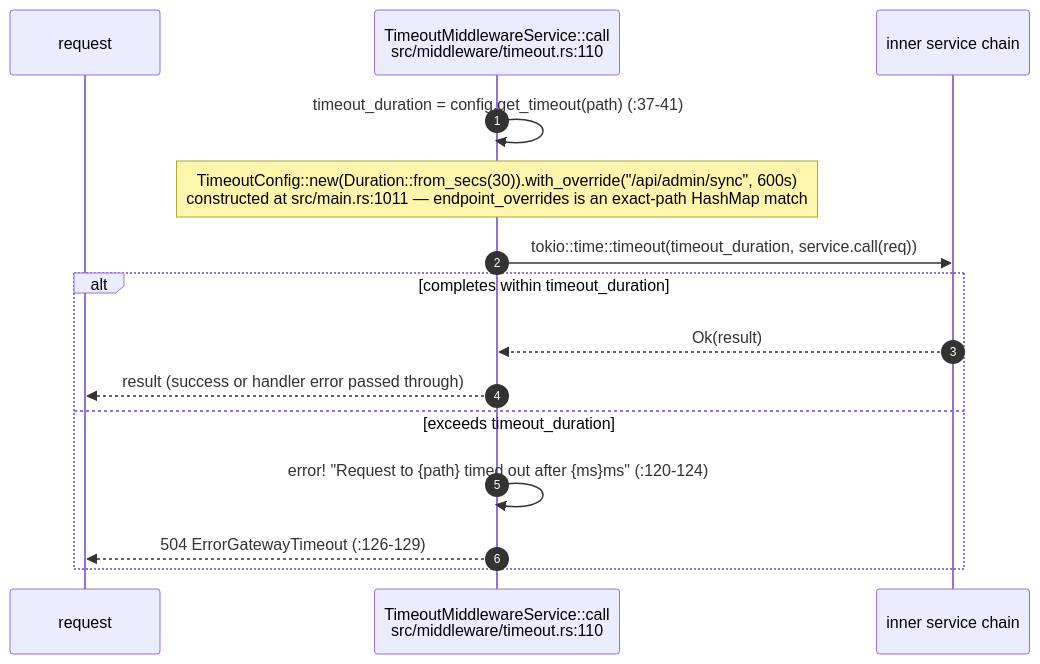
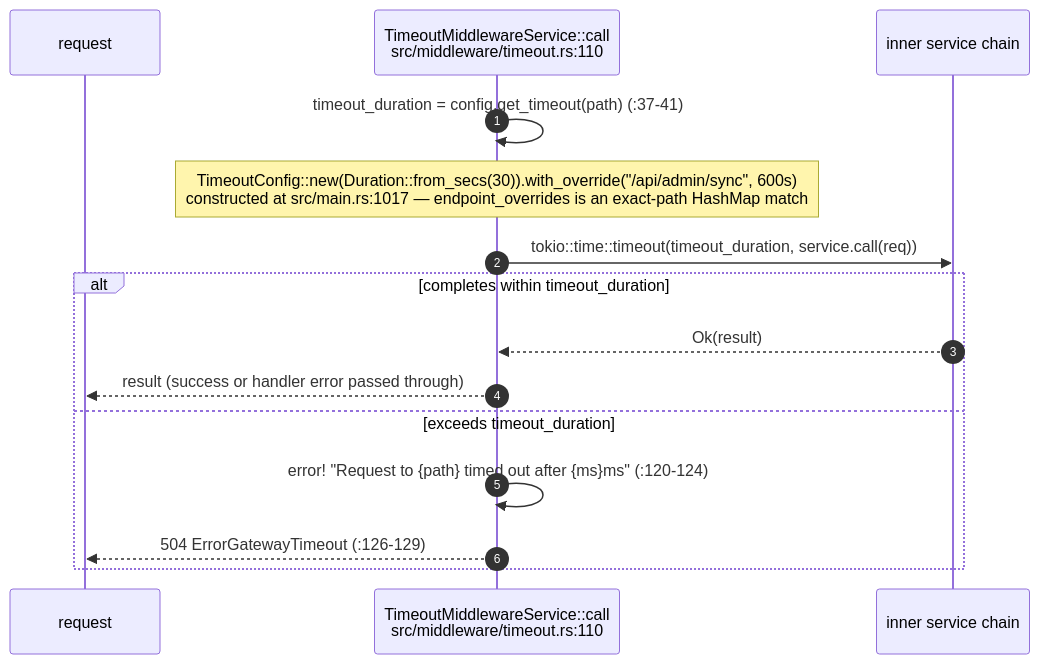
Before and after one commit to DreamLab-AI/VisionFlow: diagram 13 of 17 in docs/diagrams/visionclaw/03-request-lifecycle-and-rbac.md, drawn with Mermaid. The commit also changed other lines of this file and 32 other files, not shown here.

````diff
--- a/docs/diagrams/visionclaw/03-request-lifecycle-and-rbac.md
+++ b/docs/diagrams/visionclaw/03-request-lifecycle-and-rbac.md
@@ -520,18 +520,18 @@
 ```mermaid
 sequenceDiagram
     autonumber
     participant R as request
     participant TO as TimeoutMiddlewareService::call<br/>src/middleware/timeout.rs:110
     participant SVC as inner service chain
 
     TO->>TO: timeout_duration = config.get_timeout(path) (:37-41)
-    Note over TO: TimeoutConfig::new(Duration::from_secs(30)).with_override("/api/admin/sync", 600s)<br/>constructed at src/main.rs:1011 — endpoint_overrides is an exact-path HashMap match
+    Note over TO: TimeoutConfig::new(Duration::from_secs(30)).with_override("/api/admin/sync", 600s)<br/>constructed at src/main.rs:1017 — endpoint_overrides is an exact-path HashMap match
     TO->>SVC: tokio::time::timeout(timeout_duration, service.call(req))
     alt completes within timeout_duration
         SVC-->>TO: Ok(result)
         TO-->>R: result (success or handler error passed through)
     else exceeds timeout_duration
         TO->>TO: error! "Request to {path} timed out after {ms}ms" (:120-124)
         TO-->>R: 504 ErrorGatewayTimeout (:126-129)
     end
 ```
````
